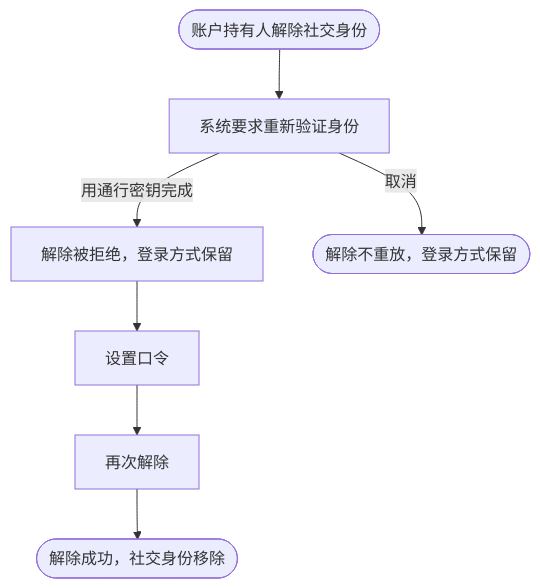
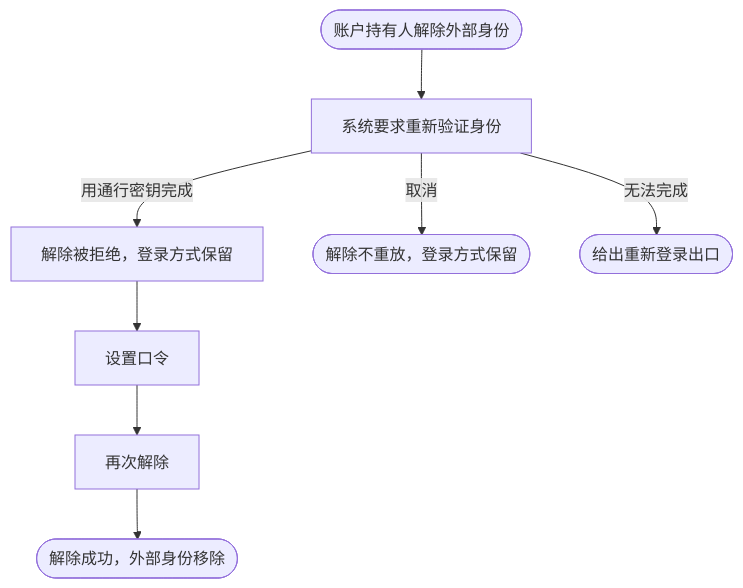
Before and after one commit to wangzw/speed: the diagram in docs/prd/journeys/journey-last-login-way.md, drawn with Mermaid. The commit also changed other lines of this file and 14 other files, not shown here.

First line of the commit message:
docs(repo): correct the phone signup flow description

````diff
--- a/docs/prd/journeys/journey-last-login-way.md
+++ b/docs/prd/journeys/journey-last-login-way.md
@@ -34,9 +34,10 @@
 ```mermaid
 flowchart TD
-    unlink([账户持有人解除社交身份]) --> stepup[系统要求重新验证身份]
+    unlink([账户持有人解除外部身份]) --> stepup[系统要求重新验证身份]
     stepup -->|用通行密钥完成| refused[解除被拒绝，登录方式保留]
     refused --> setpw[设置口令]
     setpw --> again[再次解除]
-    again --> done([解除成功，社交身份移除])
+    again --> done([解除成功，外部身份移除])
     stepup -->|取消| kept([解除不重放，登录方式保留])
+    stepup -->|无法完成| relogin([给出重新登录出口])
 ```
````
